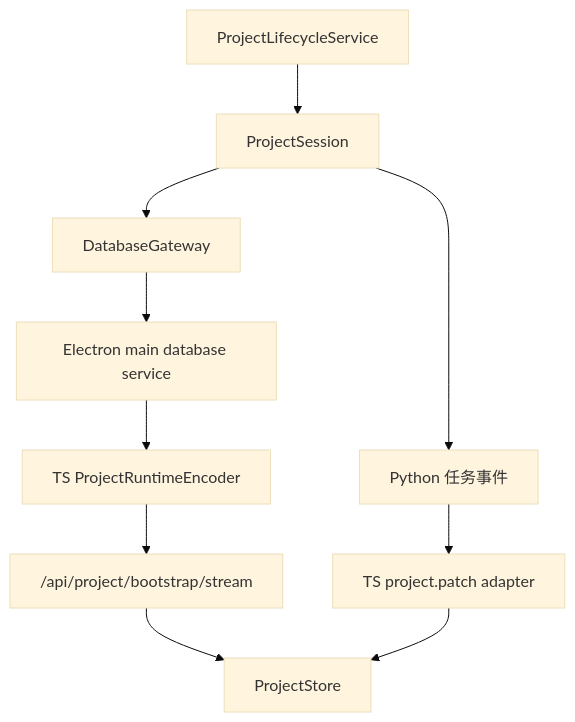
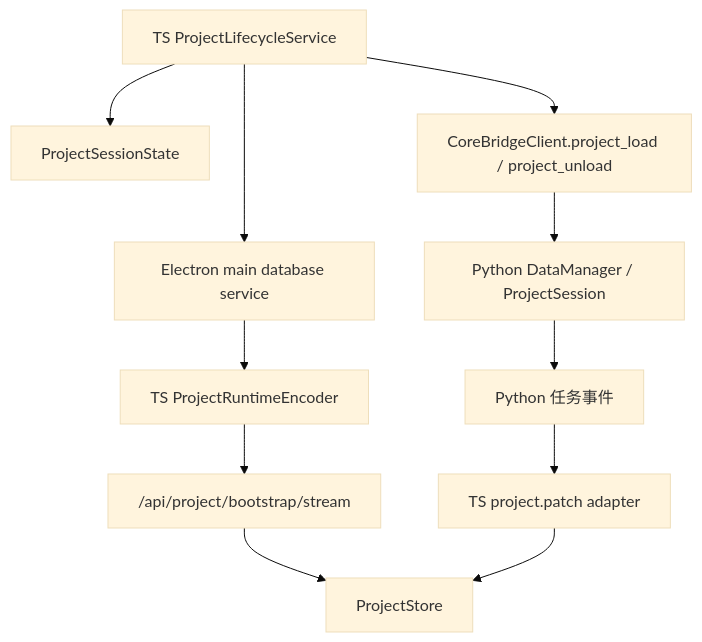
One commit to neavo/LinguaGacha changed the second of 4 diagrams in docs/DATA.md. Above: the diagram before and after it, drawn with Mermaid (base theme). The commit also changed other lines of this file and 22 other files, not shown here.

Commit message:
refactor: 收口项目 API 编排到 TS Gateway

````diff
--- a/docs/DATA.md
+++ b/docs/DATA.md
@@ -68,12 +68,13 @@
 ```mermaid
 flowchart TD
-    A["ProjectLifecycleService"] --> B["ProjectSession"]
-    B --> C["DatabaseGateway"]
-    C --> D["Electron main database service"]
-    D --> E["TS ProjectRuntimeEncoder"]
-    E --> F["/api/project/bootstrap/stream"]
-    F --> G["ProjectStore"]
-    B --> H["Python 任务事件"]
-    H --> I["TS project.patch adapter"]
-    I --> G
+    A["TS ProjectLifecycleService"] --> B["ProjectSessionState"]
+    A --> C["Electron main database service"]
+    A --> D["CoreBridgeClient.project_load / project_unload"]
+    D --> E["Python DataManager / ProjectSession"]
+    C --> F["TS ProjectRuntimeEncoder"]
+    F --> G["/api/project/bootstrap/stream"]
+    G --> H["ProjectStore"]
+    E --> I["Python 任务事件"]
+    I --> J["TS project.patch adapter"]
+    J --> H
 ```
````
